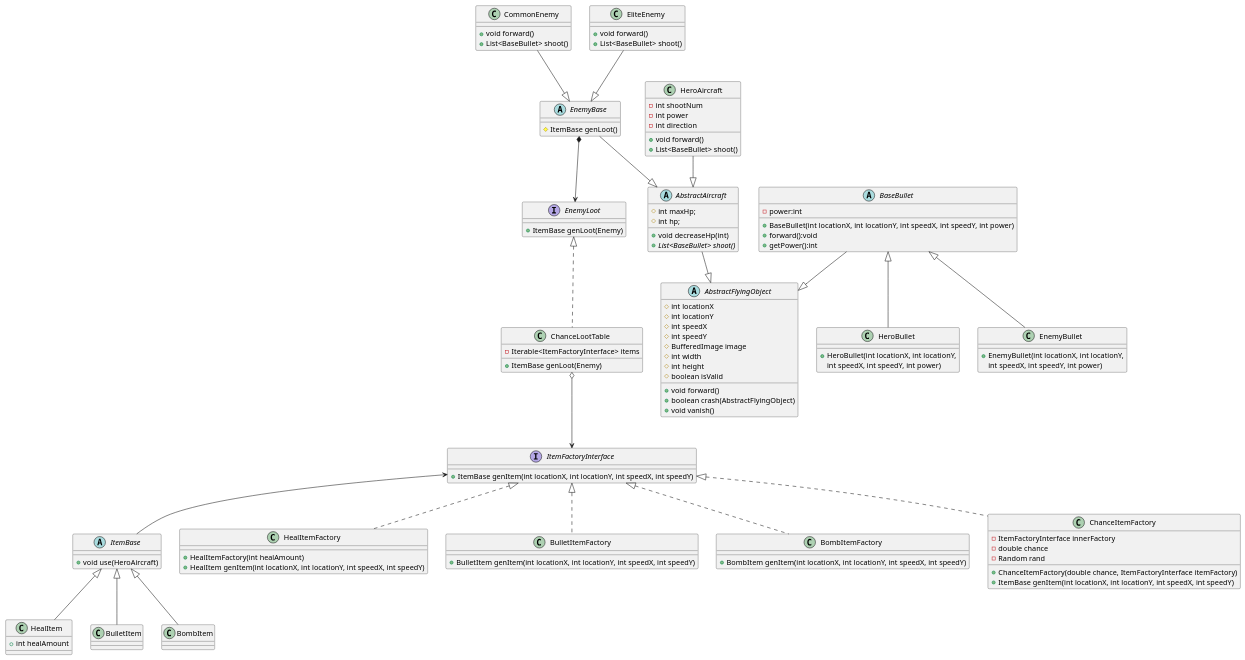
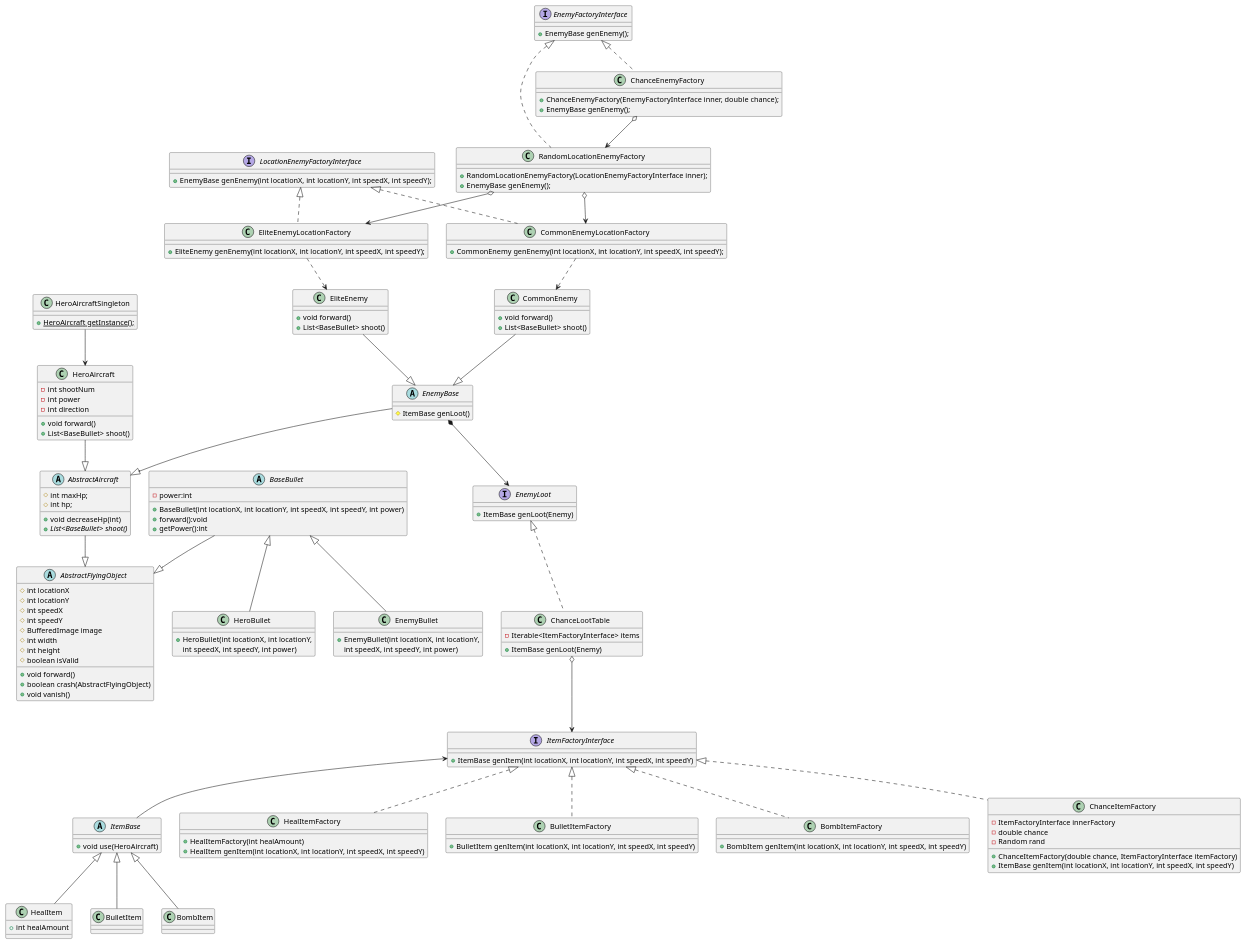
One commit to Clouder0/aircraft changed the diagram in uml/Aircrafts.puml. Above: the diagram before and after it, drawn with PlantUML. The commit also changed 9 other files, not shown here.

```diff
--- a/uml/Aircrafts.puml
+++ b/uml/Aircrafts.puml
@@ -1,132 +1,174 @@
 @startuml
 'https://plantuml.com/class-diagram
+
+class HeroAircraftSingleton {
+  + {static} HeroAircraft getInstance();
+}
+
+HeroAircraftSingleton --> HeroAircraft
 
 abstract class AbstractFlyingObject {
   # int locationX
   # int locationY
   # int speedX
   # int speedY
   # BufferedImage image
   # int width
   # int height
   # boolean isValid
   + void forward()
   + boolean crash(AbstractFlyingObject)
   + void vanish()
 }
 
 abstract class AbstractAircraft {
   # int maxHp;
   # int hp;
   + void decreaseHp(int)
   + {abstract} List<BaseBullet> shoot()
 }
 
 abstract class EnemyBase {
   # ItemBase genLoot()
 }
 
 AbstractAircraft --|> AbstractFlyingObject
 
 class HeroAircraft {
   - int shootNum
   - int power
   - int direction
   + void forward()
   + List<BaseBullet> shoot()
 }
 
 abstract class BaseBullet
 {
     - power:int
     + BaseBullet(int locationX, int locationY, int speedX, int speedY, int power)
     + forward():void
 	+ getPower():int
 }
 
 class HeroBullet {
     + HeroBullet(int locationX, int locationY,
      int speedX, int speedY, int power)
 }
 
 
 class EnemyBullet {
     + EnemyBullet(int locationX, int locationY,
      int speedX, int speedY, int power)
 }
 
 BaseBullet <|-- HeroBullet
 BaseBullet <|-- EnemyBullet
 BaseBullet --|> AbstractFlyingObject
 
 HeroAircraft --|> AbstractAircraft
 
 class CommonEnemy {
   + void forward()
   + List<BaseBullet> shoot()
 }
 
 class EliteEnemy {
   + void forward()
   + List<BaseBullet> shoot()
 }
 
 EnemyBase --|> AbstractAircraft
 
 CommonEnemy --|> EnemyBase
 EliteEnemy --|> EnemyBase
 
 abstract class ItemBase {
   + void use(HeroAircraft)
 }
 
 class HealItem {
   + int healAmount
 }
 class HealItemFactory{
   + HealItemFactory(int healAmount)
   + HealItem genItem(int locationX, int locationY, int speedX, int speedY)
 }
 class BulletItem{}
 class BulletItemFactory{
   + BulletItem genItem(int locationX, int locationY, int speedX, int speedY)
 }
 class BombItem{}
 class BombItemFactory{
   + BombItem genItem(int locationX, int locationY, int speedX, int speedY)
 }
 interface ItemFactoryInterface{
   + ItemBase genItem(int locationX, int locationY, int speedX, int speedY)
 }
 class ChanceItemFactory{
   - ItemFactoryInterface innerFactory
   - double chance
   - Random rand
   + ChanceItemFactory(double chance, ItemFactoryInterface itemFactory)
   + ItemBase genItem(int locationX, int locationY, int speedX, int speedY)
 }
 
 ItemFactoryInterface <-- ItemBase
 
 ItemBase <|-- HealItem
 ItemBase <|-- BombItem
 ItemBase <|-- BulletItem
 ItemFactoryInterface <|.. ChanceItemFactory
 ItemFactoryInterface <|.. HealItemFactory
 ItemFactoryInterface <|.. BombItemFactory
 ItemFactoryInterface <|.. BulletItemFactory
 
 interface EnemyLoot {
   + ItemBase genLoot(Enemy)
 }
 EnemyBase *--> EnemyLoot
 class ChanceLootTable {
   - Iterable<ItemFactoryInterface> items
   + ItemBase genLoot(Enemy)
 }
 
+interface LocationEnemyFactoryInterface {
+  + EnemyBase genEnemy(int locationX, int locationY, int speedX, int speedY);
+}
+
+interface EnemyFactoryInterface {
+  + EnemyBase genEnemy();
+}
+
+class CommonEnemyLocationFactory {
+  + CommonEnemy genEnemy(int locationX, int locationY, int speedX, int speedY);
+}
+
+class EliteEnemyLocationFactory{
+  + EliteEnemy genEnemy(int locationX, int locationY, int speedX, int speedY);
+}
+
+class RandomLocationEnemyFactory {
+  + RandomLocationEnemyFactory(LocationEnemyFactoryInterface inner);
+  + EnemyBase genEnemy();
+}
+
+class ChanceEnemyFactory {
+  + ChanceEnemyFactory(EnemyFactoryInterface inner, double chance);
+  + EnemyBase genEnemy();
+}
+
+EnemyFactoryInterface <|.. ChanceEnemyFactory
+EnemyFactoryInterface <|.. RandomLocationEnemyFactory
+LocationEnemyFactoryInterface <|.. CommonEnemyLocationFactory
+LocationEnemyFactoryInterface <|.. EliteEnemyLocationFactory
+RandomLocationEnemyFactory o--> CommonEnemyLocationFactory
+RandomLocationEnemyFactory o--> EliteEnemyLocationFactory
+ChanceEnemyFactory o--> RandomLocationEnemyFactory
+CommonEnemyLocationFactory ..> CommonEnemy
+EliteEnemyLocationFactory ..> EliteEnemy
+
 EnemyLoot <|.. ChanceLootTable
 
 ChanceLootTable o--> ItemFactoryInterface
 
 @enduml
```
